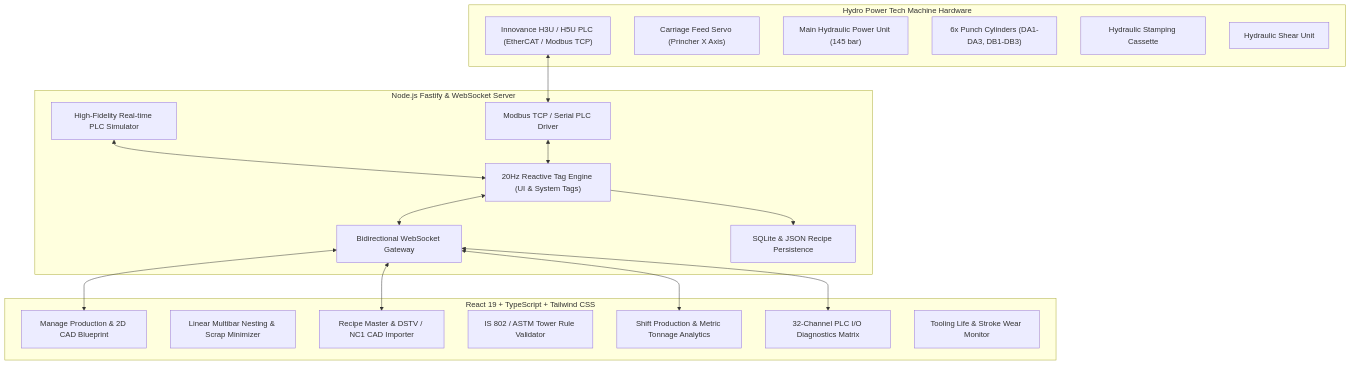
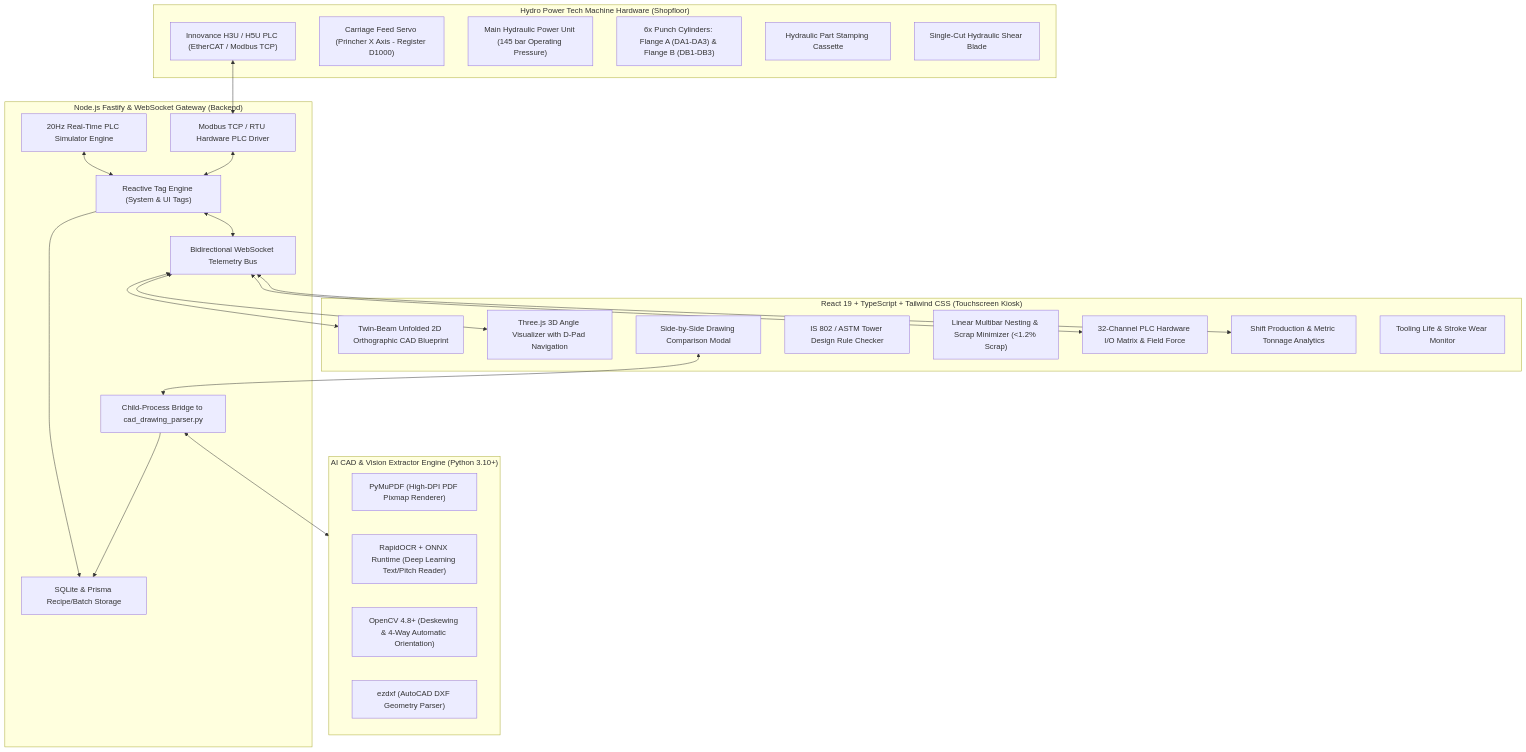
Before and after one commit to RushabhMakim3880/SCADATech: the diagram in README.md, drawn with Mermaid. The commit also changed other lines of this file and 2 other files, not shown here.

Commit message:
docs: add comprehensive requirements.txt and expand README with architecture and setup guide

````diff
--- a/README.md
+++ b/README.md
@@ -14,39 +55,51 @@
 ```mermaid
 graph TD
-    subgraph Hardware ["Hydro Power Tech Machine Hardware"]
+    subgraph Hardware ["Hydro Power Tech Machine Hardware (Shopfloor)"]
         PLC["Innovance H3U / H5U PLC (EtherCAT / Modbus TCP)"]
-        SERVO["Carriage Feed Servo (Princher X Axis)"]
-        HPU["Main Hydraulic Power Unit (145 bar)"]
-        HEADS["6x Punch Cylinders (DA1-DA3, DB1-DB3)"]
-        MARK["Hydraulic Stamping Cassette"]
-        SHEAR["Hydraulic Shear Unit"]
+        SERVO["Carriage Feed Servo (Princher X Axis - Register D1000)"]
+        HPU["Main Hydraulic Power Unit (145 bar Operating Pressure)"]
+        HEADS["6x Punch Cylinders: Flange A (DA1-DA3) & Flange B (DB1-DB3)"]
+        MARK["Hydraulic Part Stamping Cassette"]
+        SHEAR["Single-Cut Hydraulic Shear Blade"]
     end
 
-    subgraph Gateway ["Node.js Fastify & WebSocket Server"]
-        MODBUS["Modbus TCP / Serial PLC Driver"]
-        SIM["High-Fidelity Real-time PLC Simulator"]
-        TAGS["20Hz Reactive Tag Engine (UI & System Tags)"]
-        WS["Bidirectional WebSocket Gateway"]
-        DB["SQLite & JSON Recipe Persistence"]
+    subgraph PythonEngine ["AI CAD & Vision Extractor Engine (Python 3.10+)"]
+        PDF["PyMuPDF (High-DPI PDF Pixmap Renderer)"]
+        OCR["RapidOCR + ONNX Runtime (Deep Learning Text/Pitch Reader)"]
+        CV["OpenCV 4.8+ (Deskewing & 4-Way Automatic Orientation)"]
+        DXF["ezdxf (AutoCAD DXF Geometry Parser)"]
     end
 
-    subgraph Client ["React 19 + TypeScript + Tailwind CSS"]
-        PROD["Manage Production & 2D CAD Blueprint"]
-        NEST["Linear Multibar Nesting & Scrap Minimizer"]
-        RECIPE["Recipe Master & DSTV / NC1 CAD Importer"]
-        RULES["IS 802 / ASTM Tower Rule Validator"]
+    subgraph Gateway ["Node.js Fastify & WebSocket Gateway (Backend)"]
+        MODBUS["Modbus TCP / RTU Hardware PLC Driver"]
+        SIM["20Hz Real-Time PLC Simulator Engine"]
+        TAGS["Reactive Tag Engine (System & UI Tags)"]
+        WS["Bidirectional WebSocket Telemetry Bus"]
+        DB["SQLite & Prisma Recipe/Batch Storage"]
+        CAD_BRIDGE["Child-Process Bridge to cad_drawing_parser.py"]
+    end
+
+    subgraph Client ["React 19 + TypeScript + Tailwind CSS (Touchscreen Kiosk)"]
+        CAD2D["Twin-Beam Unfolded 2D Orthographic CAD Blueprint"]
+        CAD3D["Three.js 3D Angle Visualizer with D-Pad Navigation"]
+        COMPARE["Side-by-Side Drawing Comparison Modal"]
+        RULES["IS 802 / ASTM Tower Design Rule Checker"]
+        NEST["Linear Multibar Nesting & Scrap Minimizer (<1.2% Scrap)"]
+        IO["32-Channel PLC Hardware I/O Matrix & Field Force"]
         OEE["Shift Production & Metric Tonnage Analytics"]
-        IO["32-Channel PLC I/O Diagnostics Matrix"]
         WEAR["Tooling Life & Stroke Wear Monitor"]
     end
 
     PLC <--> MODBUS
     SIM <--> TAGS
     MODBUS <--> TAGS
     TAGS <--> WS
-    WS <--> PROD
-    WS <--> RECIPE
+    WS <--> CAD2D
+    WS <--> CAD3D
     WS <--> IO
     WS <--> OEE
     TAGS --> DB
+    CAD_BRIDGE <--> PythonEngine
+    CAD_BRIDGE --> DB
+    COMPARE <--> CAD_BRIDGE
 ```
````
